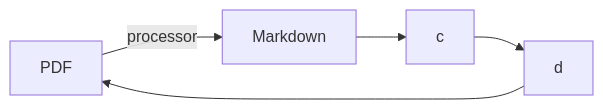
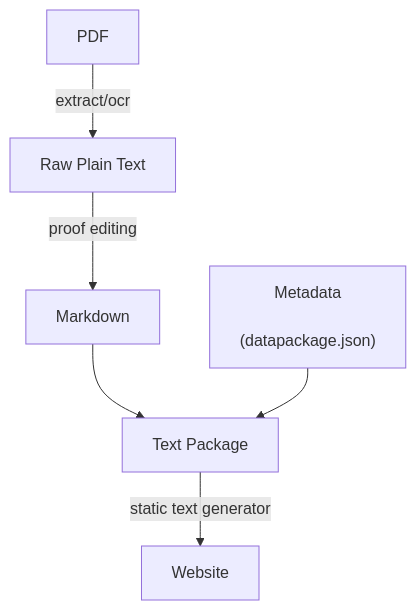
Before and after one commit to rufuspollock/rufuspollock.com: the diagram in content/post/2016-12-12-architecting-open-text-projects.md, drawn with Mermaid. The commit also changed other lines of this file, not shown here.

Commit message:
[notebook][s]: architecting open text projects - tidy text up a bit.

````diff
--- a/content/post/2016-12-12-architecting-open-text-projects.md
+++ b/content/post/2016-12-12-architecting-open-text-projects.md
@@ -119,8 +129,15 @@
 ```mermaid
-graph LR
+graph TD
 
-  text[PDF] --processor--> b[Markdown]
-  b --> c
-  c --> d
-  d --> text
+pdf[PDF]
+raw[Raw Plain Text]
+mark[Markdown]
+meta["Metadata<br/><br/>(datapackage.json)"]
+textpkg[Text Package]
+
+pdf --extract/ocr--> raw
+raw --proof editing--> mark
+mark --> textpkg
+meta --> textpkg
+textpkg --static text generator--> web[Website]
 ```
````
